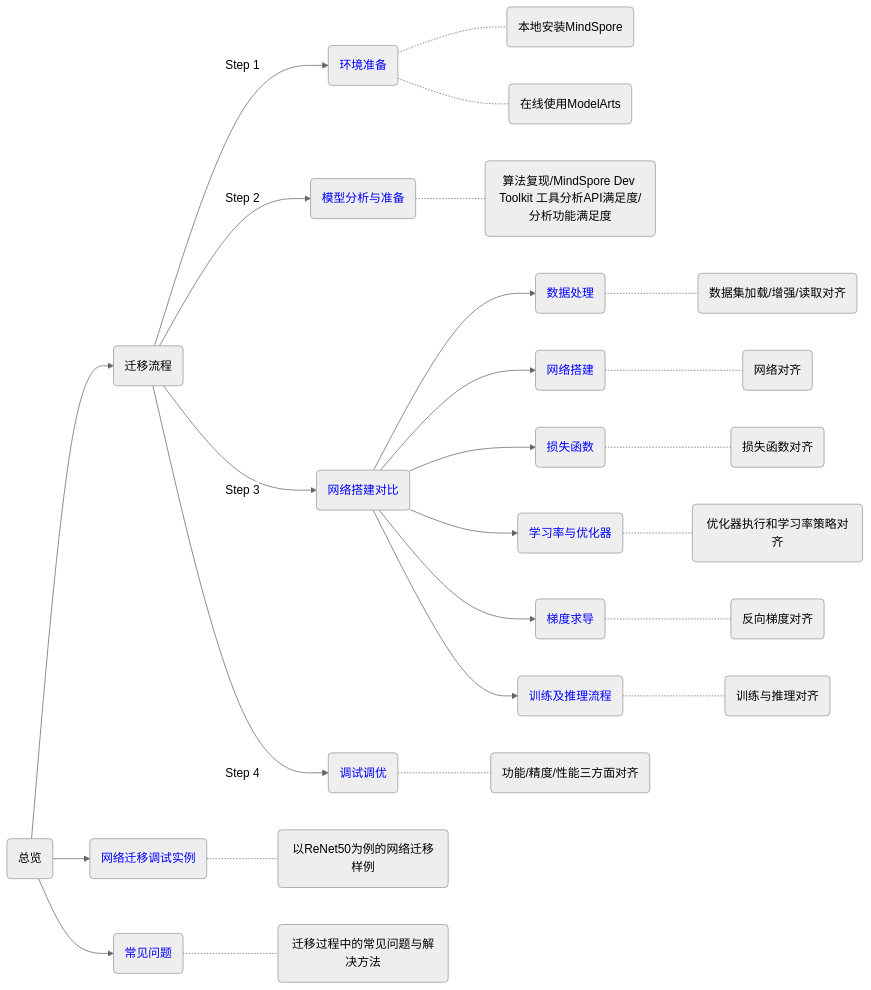
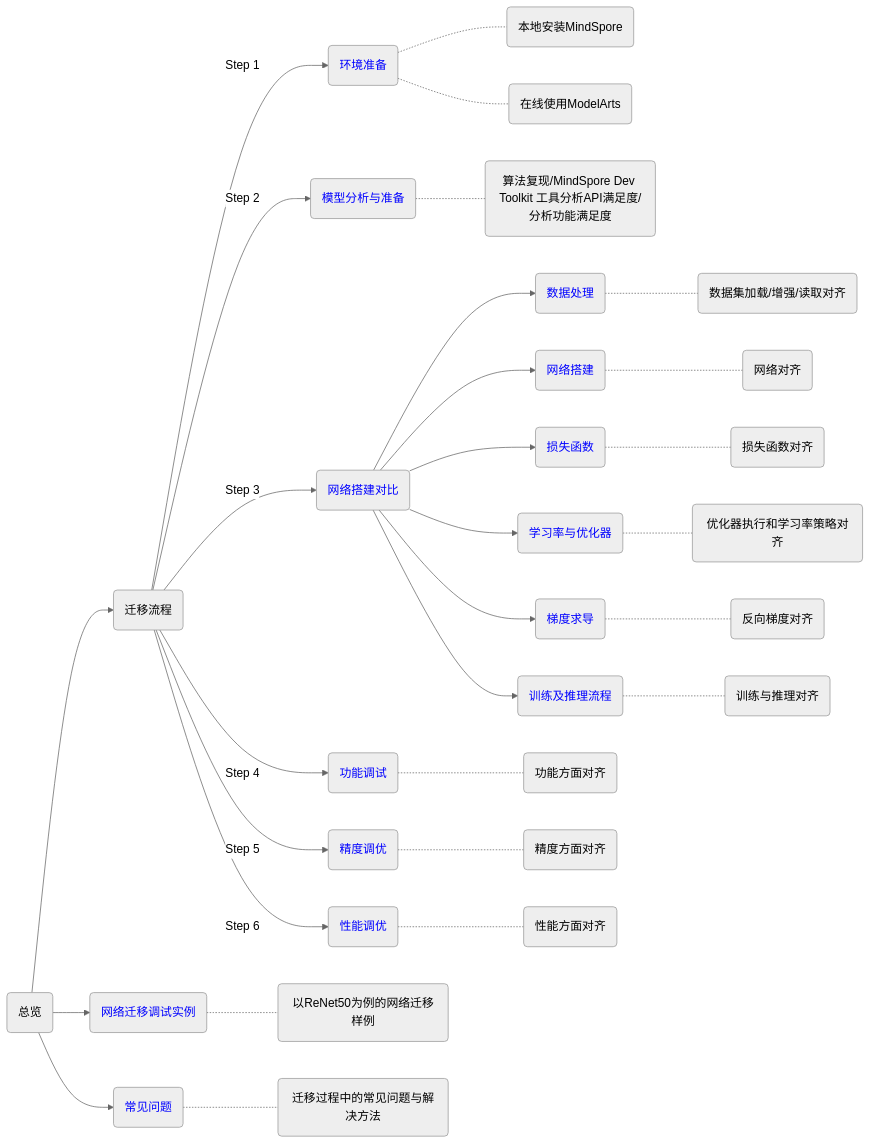
Before and after one commit to mindspore-ai/docs: the diagram in docs/mindspore/source_zh_cn/migration_guide/overview.md, drawn with Mermaid (neutral theme). The commit also changed 549 other files, not shown here.

````diff
--- a/docs/mindspore/source_zh_cn/migration_guide/overview.md
+++ b/docs/mindspore/source_zh_cn/migration_guide/overview.md
@@ -7,43 +7,49 @@
 ```{mermaid}
 graph LR
 A(总览)-->B(迁移流程)
 B-->|Step 1|E(<font color=blue>环境准备</font>)
 E-.-text1(本地安装MindSpore)
 E-.-text2(在线使用ModelArts)
 B-->|Step 2|F(<font color=blue>模型分析与准备</font>)
 F-.-text3(算法复现/MindSpore Dev Toolkit 工具分析API满足度/分析功能满足度)
 B-->|Step 3|G(<font color=blue>网络搭建对比</font>)
-G-->I(<font color=blue>数据处理</font>)
-I-.-text4(数据集加载/增强/读取对齐)
-G-->J(<font color=blue>网络搭建</font>)
-J-.-text5(网络对齐)
-G-->N(<font color=blue>损失函数</font>)
-N-.-text6(损失函数对齐)
-G-->K(<font color=blue>学习率与优化器</font>)
-K-.-text7(优化器执行和学习率策略对齐)
-G-->L(<font color=blue>梯度求导</font>)
-L-.-text8(反向梯度对齐)
-G-->M(<font color=blue>训练及推理流程</font>)
-M-.-text9(训练与推理对齐)
-B-->|Step 4|H(<font color=blue>调试调优</font>)
-H-.-text10(功能/精度/性能三方面对齐)
+G-->K(<font color=blue>数据处理</font>)
+K-.-text4(数据集加载/增强/读取对齐)
+G-->L(<font color=blue>网络搭建</font>)
+L-.-text5(网络对齐)
+G-->P(<font color=blue>损失函数</font>)
+P-.-text6(损失函数对齐)
+G-->M(<font color=blue>学习率与优化器</font>)
+M-.-text7(优化器执行和学习率策略对齐)
+G-->N(<font color=blue>梯度求导</font>)
+N-.-text8(反向梯度对齐)
+G-->O(<font color=blue>训练及推理流程</font>)
+O-.-text9(训练与推理对齐)
+B-->|Step 4|H(<font color=blue>功能调试</font>)
+H-.-text10(功能方面对齐)
+B-->|Step 5|I(<font color=blue>精度调优</font>)
+I-.-text11(精度方面对齐)
+B-->|Step 6|J(<font color=blue>性能调优</font>)
+J-.-text12(性能方面对齐)
 A-->C(<font color=blue>网络迁移调试实例</font>)
-C-.-text11(以ReNet50为例的网络迁移样例)
+C-.-text13(以ReNet50为例的网络迁移样例)
 A-->D(<font color=blue>常见问题</font>)
-D-.-text12(迁移过程中的常见问题与解决方法)
+D-.-text14(迁移过程中的常见问题与解决方法)
 
 click C "https://www.mindspore.cn/docs/zh-CN/master/migration_guide/sample_code.html"
 click D "https://www.mindspore.cn/docs/zh-CN/master/migration_guide/faq.html"
 
 click E "https://www.mindspore.cn/docs/zh-CN/master/migration_guide/enveriment_preparation.html"
 click F "https://www.mindspore.cn/docs/zh-CN/master/migration_guide/analysis_and_preparation.html"
 click G "https://www.mindspore.cn/docs/zh-CN/master/migration_guide/model_development/model_development.html"
-click H "https://www.mindspore.cn/docs/zh-CN/master/migration_guide/debug_and_tune.html"
+click H "https://www.mindspore.cn/docs/zh-CN/master/migration_guide/debug.html"
+click I "https://www.mindspore.cn/docs/zh-CN/master/migration_guide/acc_debug.html"
+click J "https://www.mindspore.cn/docs/zh-CN/master/migration_guide/perf_debug.html"
 
-click I "https://www.mindspore.cn/docs/zh-CN/master/migration_guide/model_development/dataset.html"
-click J "https://www.mindspore.cn/docs/zh-CN/master/migration_guide/model_development/model_and_cell.html"
-click K "https://www.mindspore.cn/docs/zh-CN/master/migration_guide/model_development/learning_rate_and_optimizer.html"
-click L "https://www.mindspore.cn/docs/zh-CN/master/migration_guide/model_development/gradient.html"
-click M "https://www.mindspore.cn/docs/zh-CN/master/migration_guide/model_development/training_and_evaluation.html"
-click N "https://www.mindspore.cn/docs/zh-CN/master/migration_guide/model_development/loss_function.html"
+click K "https://www.mindspore.cn/docs/zh-CN/master/migration_guide/model_development/dataset.html"
+click L "https://www.mindspore.cn/docs/zh-CN/master/migration_guide/model_development/model_and_cell.html"
+click M "https://www.mindspore.cn/docs/zh-CN/master/migration_guide/model_development/learning_rate_and_optimizer.html"
+click N "https://www.mindspore.cn/docs/zh-CN/master/migration_guide/model_development/gradient.html"
+click O "https://www.mindspore.cn/docs/zh-CN/master/migration_guide/model_development/training_and_evaluation.html"
+click P "https://www.mindspore.cn/docs/zh-CN/master/migration_guide/model_development/loss_function.html"
 ```
````
